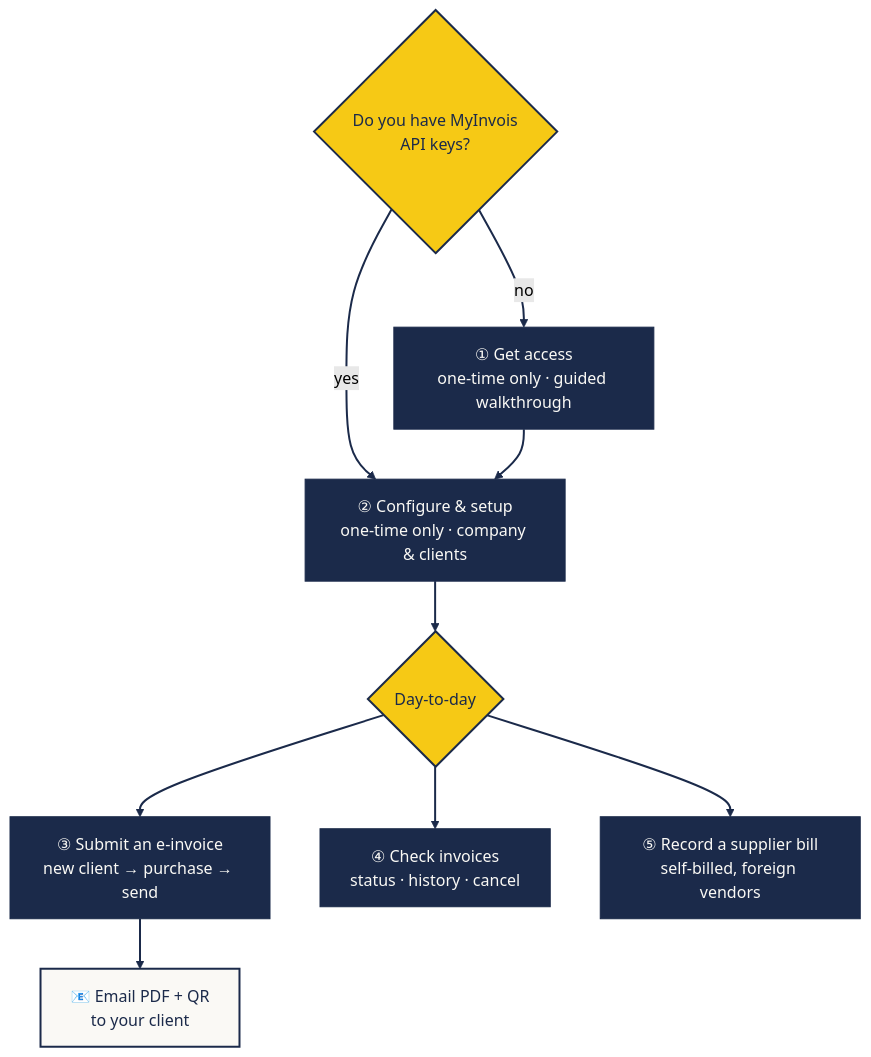
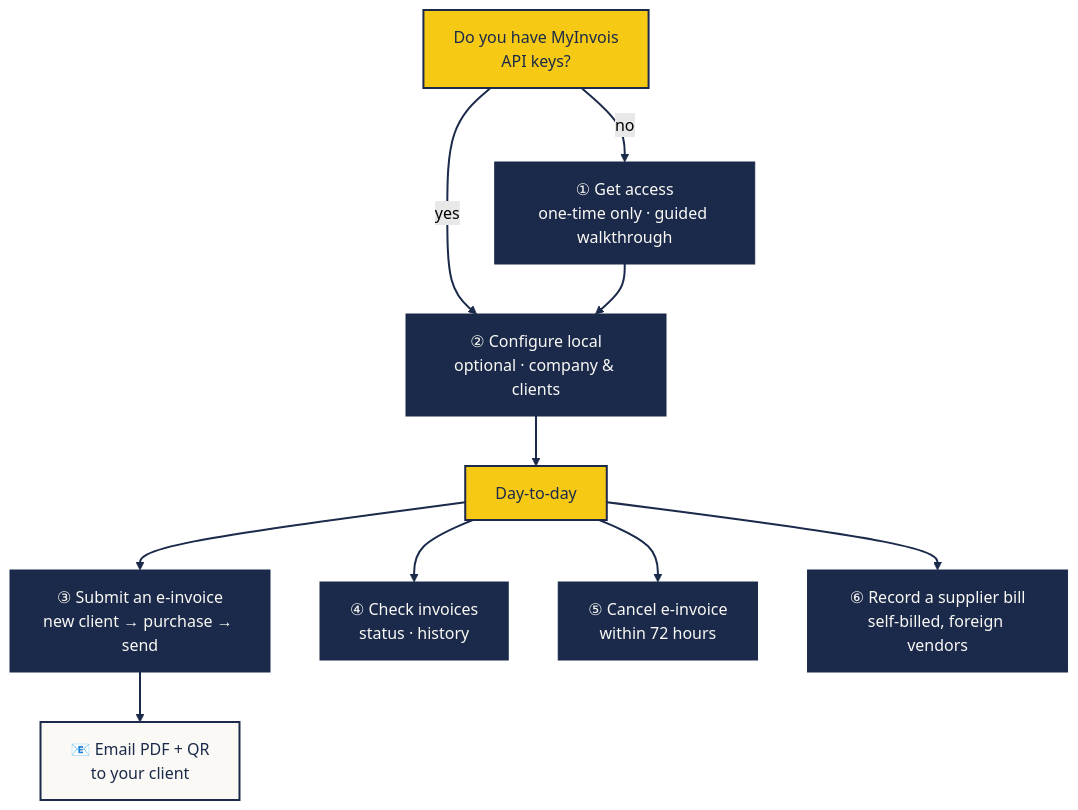
Before and after one commit to techtemplemy/mcp-myinvois: the first of 2 diagrams in README.md, drawn with Mermaid (forest theme). The commit also changed other lines of this file and 47 other files, not shown here.

````diff
--- a/README.md
+++ b/README.md
@@ -17,24 +29,28 @@
 ```mermaid
 flowchart TD
-    A{"Do you have MyInvois<br/>API keys?"} -->|no| B["① Get access<br/>one-time only · guided walkthrough"]
-    A -->|yes| C["② Configure &amp; setup<br/>one-time only · company &amp; clients"]
+    A["Do you have MyInvois<br/>API keys?"] -->|no| B["① Get access<br/>one-time only · guided walkthrough"]
+    A -->|yes| C["② Configure local<br/>optional · company &amp; clients"]
     B --> C
-    C --> D{"Day-to-day"}
+    C --> D["Day-to-day"]
     D --> E["③ Submit an e-invoice<br/>new client → purchase → send"]
-    D --> F["④ Check invoices<br/>status · history · cancel"]
-    D --> G["⑤ Record a supplier bill<br/>self-billed, foreign vendors"]
+    D --> F["④ Check invoices<br/>status · history"]
+    D --> F2["⑤ Cancel e-invoice<br/>within 72 hours"]
+    D --> G["⑥ Record a supplier bill<br/>self-billed, foreign vendors"]
     E --> H["📧 Email PDF + QR<br/>to your client"]
 
     classDef ask fill:#F6C915,stroke:#1B2A4A,stroke-width:2px,color:#1B2A4A
     classDef journey fill:#1B2A4A,stroke:#1B2A4A,color:#FAF9F5
     classDef result fill:#FAF9F5,stroke:#1B2A4A,stroke-width:2px,color:#1B2A4A
     class A,D ask
-    class B,C,E,F,G journey
+    class B,C,E,F,F2,G journey
     class H result
     linkStyle default stroke:#1B2A4A,stroke-width:2px
-    click B "https://techtemplemy.github.io/e-invoice-malaysia-mcp/guide-access.html" "Get access — guided walkthrough"
-    click C "https://techtemplemy.github.io/e-invoice-malaysia-mcp/guide-configure.html" "Configure & setup"
-    click E "https://techtemplemy.github.io/e-invoice-malaysia-mcp/guide-submit.html" "Submit an e-invoice"
-    click F "https://techtemplemy.github.io/e-invoice-malaysia-mcp/guide-check.html" "Check invoices"
-    click G "https://techtemplemy.github.io/e-invoice-malaysia-mcp/guide-selfbill.html" "Record a supplier bill"
+
+    click B "https://techtemplemy.github.io/mcp-myinvois/guide-access.html" "① Get access"
+    click C "https://techtemplemy.github.io/mcp-myinvois/guide-configure.html" "② Configure local"
+    click E "https://techtemplemy.github.io/mcp-myinvois/guide-submit.html" "③ Submit"
+    click F "https://techtemplemy.github.io/mcp-myinvois/guide-check.html" "④ Check"
+    click F2 "https://techtemplemy.github.io/mcp-myinvois/guide-cancel.html" "⑤ Cancel"
+    click G "https://techtemplemy.github.io/mcp-myinvois/guide-selfbill.html" "⑥ Self-billed"
+    click H "https://techtemplemy.github.io/mcp-myinvois/invoice-maker.html" "📧 Invoice Maker"
 ```
````
